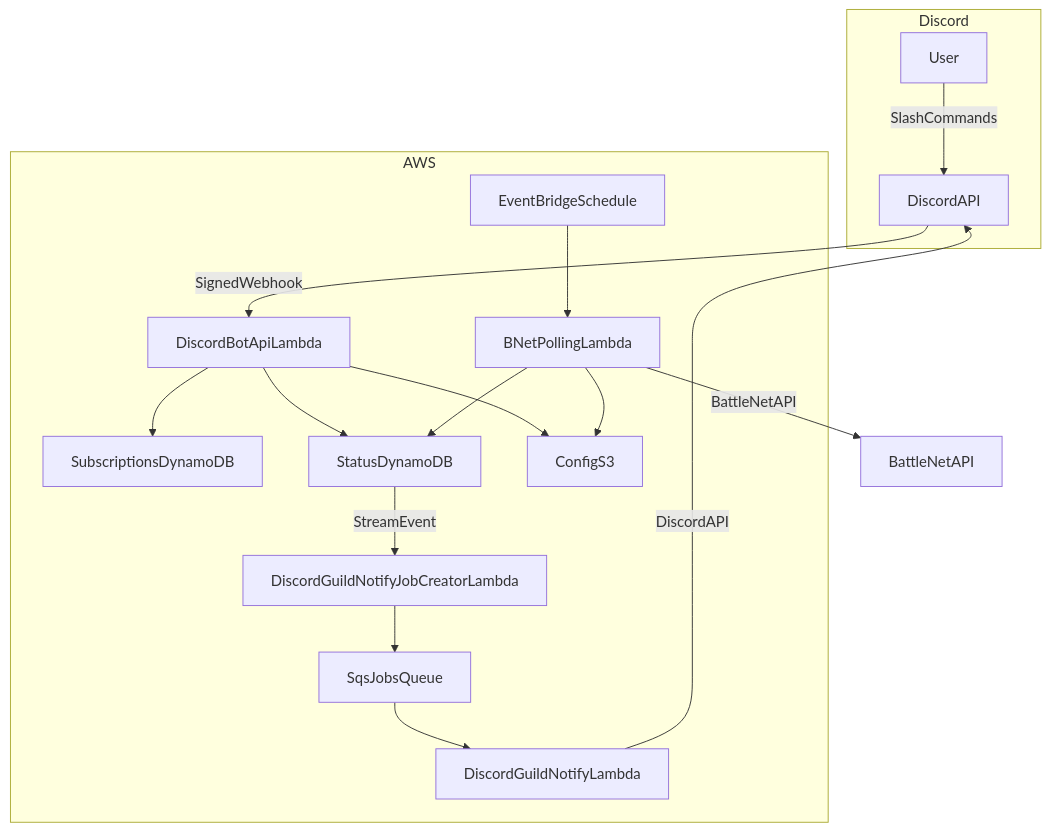
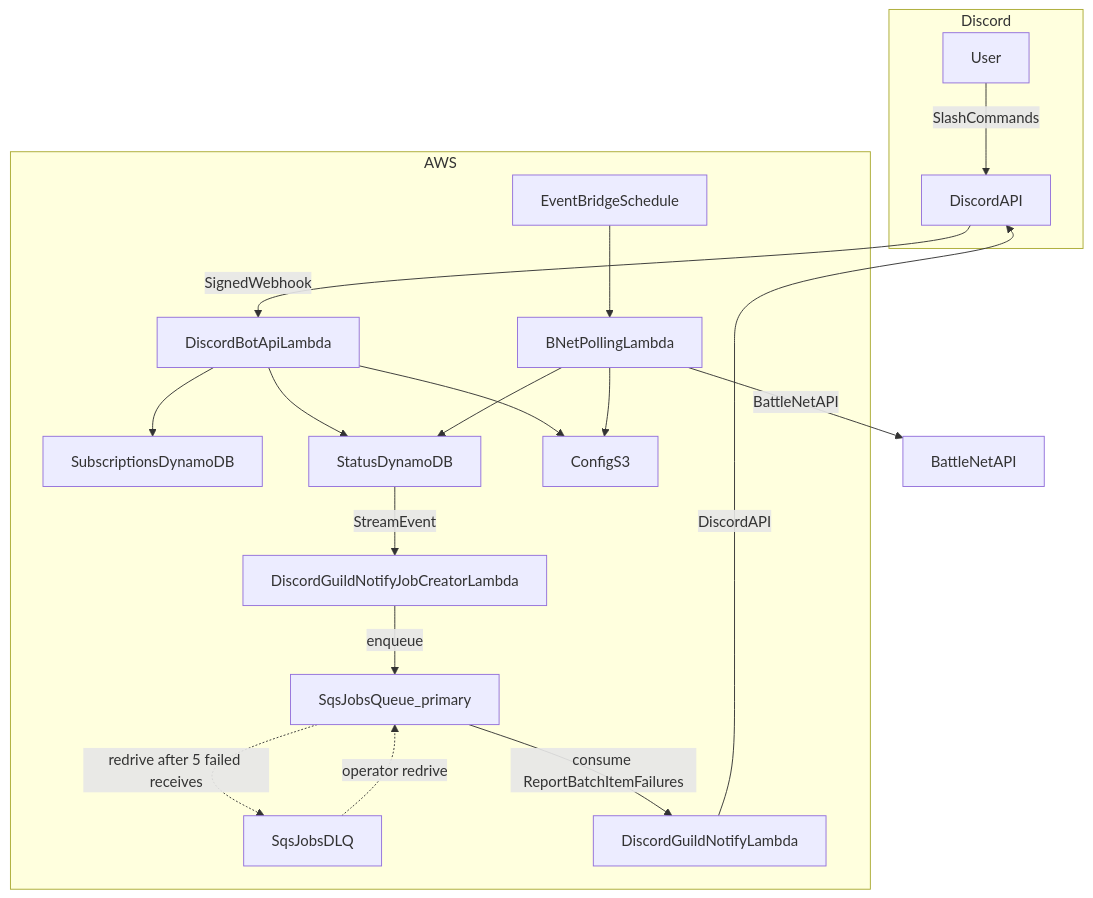
One commit to ServersUp/servers-up-backend changed the diagram in README.md. Above: the diagram before and after it, drawn with Mermaid. The commit also changed other lines of this file and 4 other files, not shown here.

Commit message:
Classify Guild Notify Failures for DLQ Alignment (#77)

````diff
--- a/README.md
+++ b/README.md
@@ -11,35 +11,38 @@
 ```mermaid
 graph TD
   subgraph discord[Discord]
     User[User]
     DiscordAPI[DiscordAPI]
   end
 
   subgraph aws[AWS]
     BotApi[DiscordBotApiLambda]
     Poller[BNetPollingLambda]
     Scheduler[EventBridgeSchedule]
     JobCreator[DiscordGuildNotifyJobCreatorLambda]
-    JobsQueue[SqsJobsQueue]
+    JobsQueue[SqsJobsQueue_primary]
+    JobsDLQ[SqsJobsDLQ]
     Notifier[DiscordGuildNotifyLambda]
     SubsDdb[SubscriptionsDynamoDB]
     StatusDdb[StatusDynamoDB]
     ConfigS3[ConfigS3]
   end
 
   User -->|SlashCommands| DiscordAPI
   DiscordAPI -->|SignedWebhook| BotApi
   BotApi --> SubsDdb
   BotApi --> StatusDdb
   BotApi --> ConfigS3
 
   Scheduler --> Poller
   Poller -->|BattleNetAPI| BattleNet[BattleNetAPI]
   Poller --> StatusDdb
   Poller --> ConfigS3
 
   StatusDdb -->|StreamEvent| JobCreator
-  JobCreator --> JobsQueue
-  JobsQueue --> Notifier
+  JobCreator -->|enqueue| JobsQueue
+  JobsQueue -->|consume ReportBatchItemFailures| Notifier
+  JobsQueue -.->|redrive after 5 failed receives| JobsDLQ
+  JobsDLQ -.->|operator redrive| JobsQueue
   Notifier -->|DiscordAPI| DiscordAPI
 ```
````
